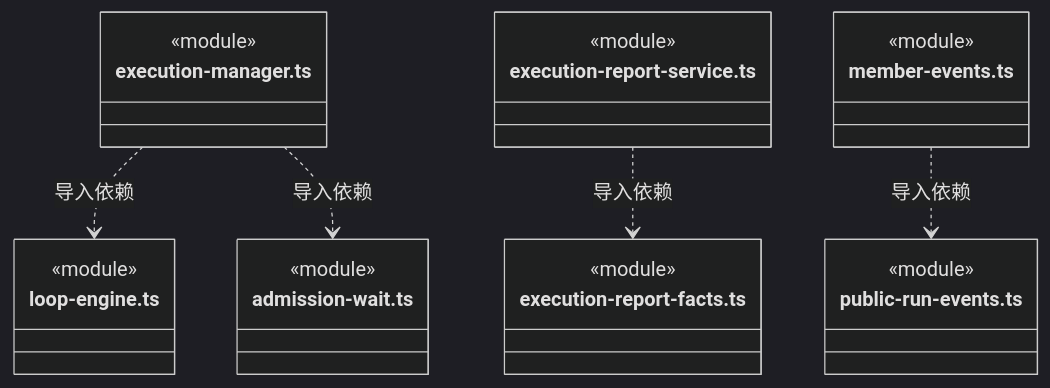
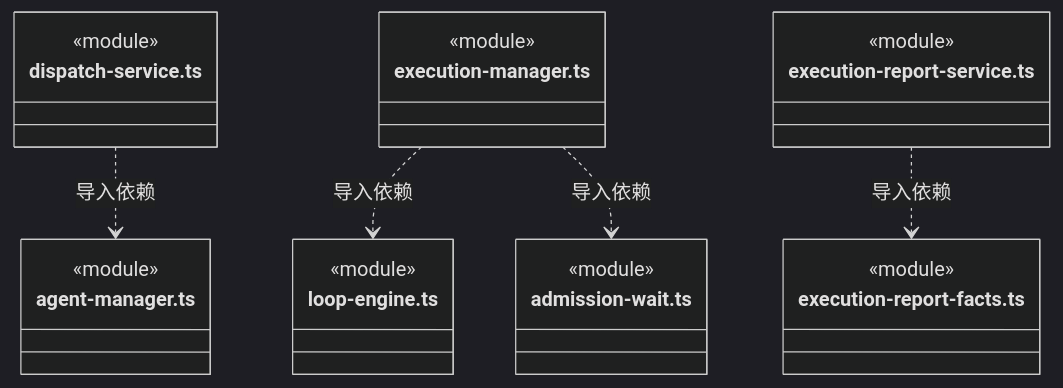
Diagram 37 of 44 in src/backend/scheduler-engine/execution/ARCHITECTURE.md (nan023062/cbim), drawn with Mermaid (dark theme) before and after one commit. The commit also changed other lines of this file and 53 other files, not shown here.

````diff
--- a/src/backend/scheduler-engine/execution/ARCHITECTURE.md
+++ b/src/backend/scheduler-engine/execution/ARCHITECTURE.md
@@ -989,28 +1028,28 @@
 ```mermaid
 classDiagram
+class N_src_backend_scheduler_engine_execution_dispatch_service_ts["dispatch-service.ts"] {
+  <<module>>
+}
+class N_src_backend_scheduler_engine_execution_agent_manager_ts["agent-manager.ts"] {
+  <<module>>
+}
 class N_src_backend_scheduler_engine_execution_execution_manager_ts["execution-manager.ts"] {
   <<module>>
 }
 class N_src_backend_scheduler_engine_execution_loop_engine_ts["loop-engine.ts"] {
   <<module>>
 }
 class N_src_backend_scheduler_engine_execution_admission_wait_ts["admission-wait.ts"] {
   <<module>>
 }
 class N_src_backend_scheduler_engine_execution_execution_report_service_ts["execution-report-service.ts"] {
   <<module>>
 }
 class N_src_backend_scheduler_engine_execution_execution_report_facts_ts["execution-report-facts.ts"] {
   <<module>>
 }
-class N_src_backend_scheduler_engine_execution_member_events_ts["member-events.ts"] {
-  <<module>>
-}
-class N_src_backend_scheduler_engine_execution_public_run_events_ts["public-run-events.ts"] {
-  <<module>>
-}
+N_src_backend_scheduler_engine_execution_dispatch_service_ts ..> N_src_backend_scheduler_engine_execution_agent_manager_ts : 导入依赖
 N_src_backend_scheduler_engine_execution_execution_manager_ts ..> N_src_backend_scheduler_engine_execution_loop_engine_ts : 导入依赖
 N_src_backend_scheduler_engine_execution_execution_manager_ts ..> N_src_backend_scheduler_engine_execution_admission_wait_ts : 导入依赖
 N_src_backend_scheduler_engine_execution_execution_report_service_ts ..> N_src_backend_scheduler_engine_execution_execution_report_facts_ts : 导入依赖
-N_src_backend_scheduler_engine_execution_member_events_ts ..> N_src_backend_scheduler_engine_execution_public_run_events_ts : 导入依赖
 ```
````
